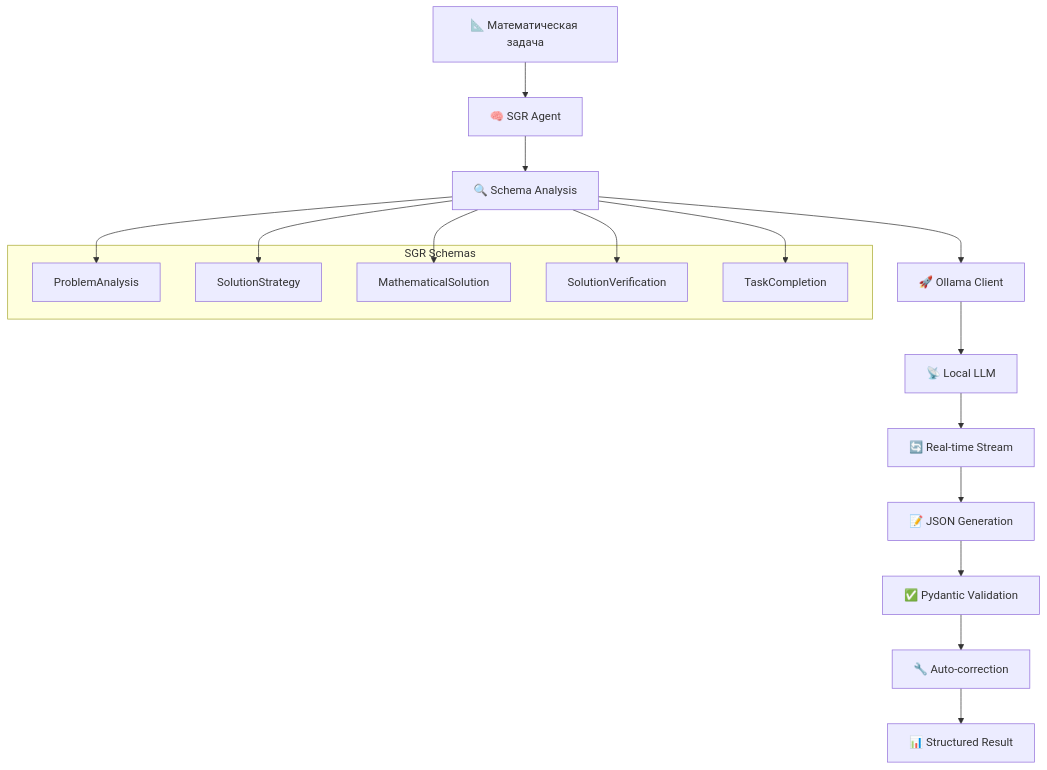
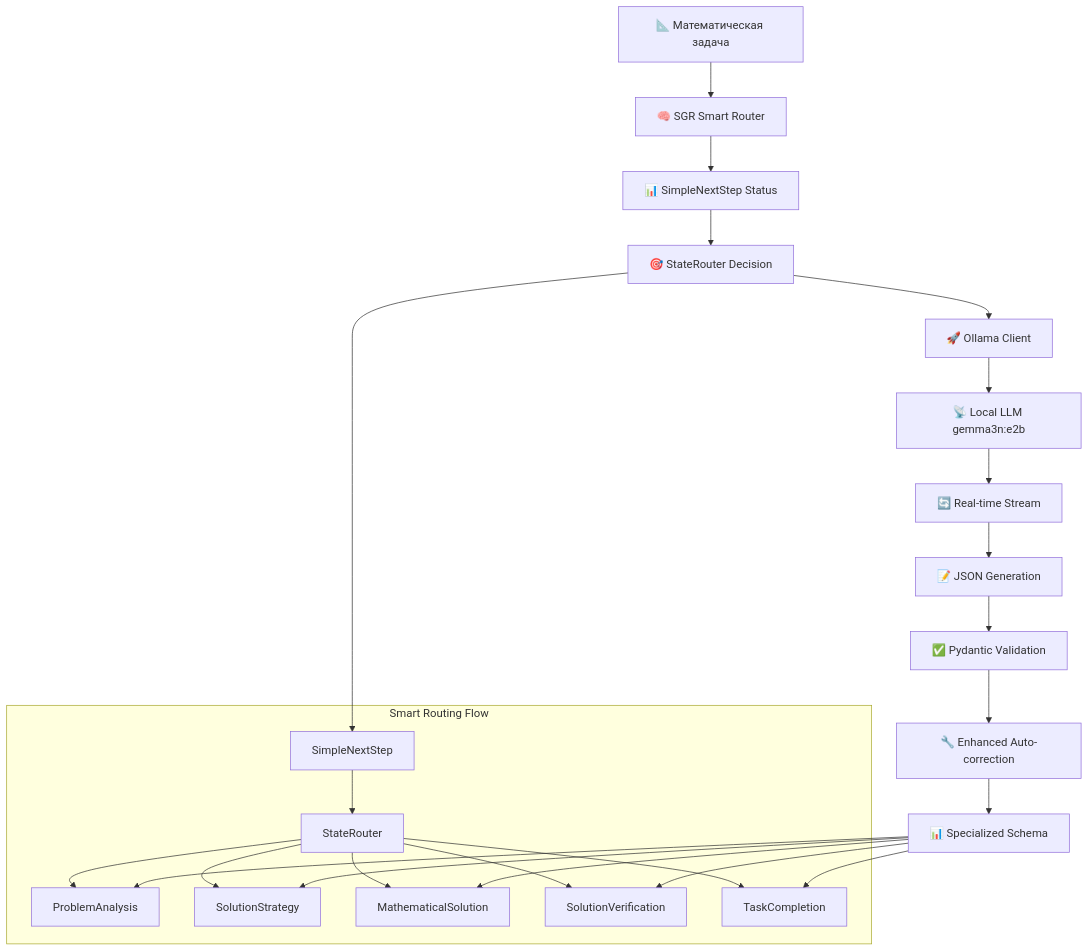
One commit to Verbasik/Weekly-arXiv-ML-AI-Research-Review changed the first of 2 diagrams in 2025/week-36/demo/README.md. Above: the diagram before and after it, drawn with Mermaid. The commit also changed other lines of this file and 6 other files, not shown here.

````diff
--- a/2025/week-36/demo/README.md
+++ b/2025/week-36/demo/README.md
@@ -24,26 +55,29 @@
 ```mermaid
 flowchart TD
-    A[📐 Математическая задача] --> B[🧠 SGR Agent]
-    B --> C[🔍 Schema Analysis]
-    C --> D[🚀 Ollama Client]
-    D --> E[📡 Local LLM]
-    E --> F[🔄 Real-time Stream]
-    F --> G[📝 JSON Generation]
-    G --> H[✅ Pydantic Validation]
-    H --> I[🔧 Auto-correction]
-    I --> J[📊 Structured Result]
+    A[📐 Математическая задача] --> B[🧠 SGR Smart Router]
+    B --> C[📊 SimpleNextStep Status]
+    C --> D[🎯 StateRouter Decision]
+    D --> E[🚀 Ollama Client]
+    E --> F[📡 Local LLM gemma3n:e2b]
+    F --> G[🔄 Real-time Stream]
+    G --> H[📝 JSON Generation]
+    H --> I[✅ Pydantic Validation]
+    I --> J[🔧 Enhanced Auto-correction]
+    J --> K[📊 Specialized Schema]
     
-    subgraph "SGR Schemas"
-        K[ProblemAnalysis]
-        L[SolutionStrategy]
-        M[MathematicalSolution]
-        N[SolutionVerification]
-        O[TaskCompletion]
+    subgraph "Smart Routing Flow"
+        L[SimpleNextStep] --> M[StateRouter]
+        M --> N[ProblemAnalysis]
+        M --> O[SolutionStrategy]
+        M --> P[MathematicalSolution]
+        M --> Q[SolutionVerification]
+        M --> R[TaskCompletion]
     end
     
-    C --> K
-    C --> L
-    C --> M
-    C --> N
-    C --> O
+    D --> L
+    K --> N
+    K --> O
+    K --> P
+    K --> Q
+    K --> R
 ```
````
